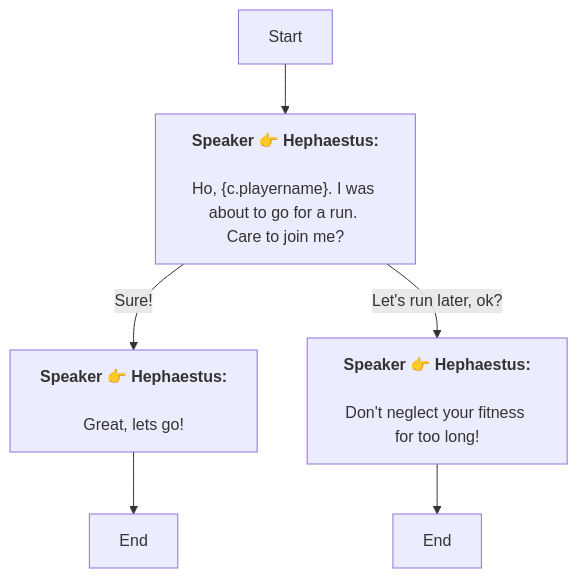
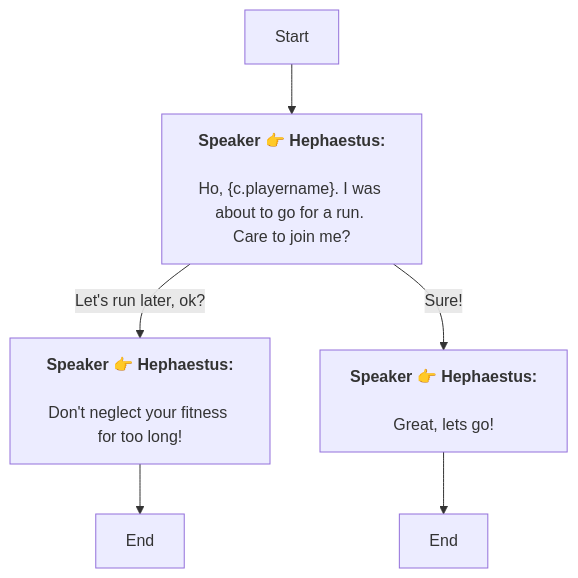
Before and after one commit to SoftHu/tos_avg: the diagram in Zh/QuestTalkObjectiveNode_1772321925379197.md, drawn with Mermaid. The commit also changed other lines of this file and 780 other files, not shown here.

````diff
--- a/Zh/QuestTalkObjectiveNode_1772321925379197.md
+++ b/Zh/QuestTalkObjectiveNode_1772321925379197.md
@@ -1,13 +1,13 @@
 ```mermaid
 graph
 Start -->1774173361503592[<b>Speaker 👉 Hephaestus:</b>
 \nHo, &lbrace;c.playername&rbrace;. I was about to go for a run. 
 Care to join me?]
+1774173361503592 -->|Let's run later, ok?|1774173361508718[<b>Speaker 👉 Hephaestus:</b>
+\nDon't neglect your fitness for too long!]
 1774173361503592 -->|Sure!|1774173361503596[<b>Speaker 👉 Hephaestus:</b>
 \nGreat, lets go!]
-1774173361503592 -->|Let's run later, ok?|1774173361508718[<b>Speaker 👉 Hephaestus:</b>
-\nDon't neglect your fitness for too long!]
 1774173361503596 -->1774173361503597[End]
 1774173361508718 -->1774173361508719[End]
 
 ```
````
